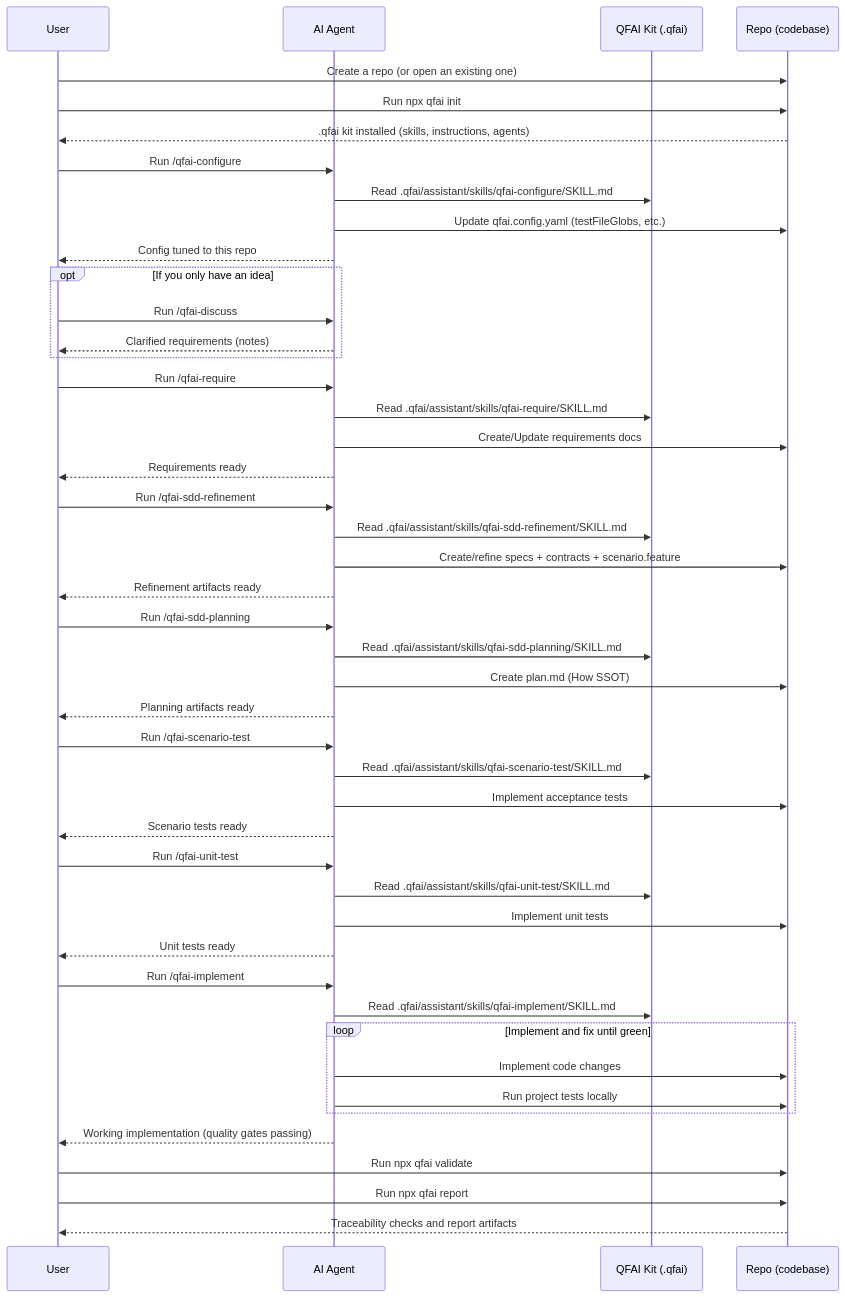
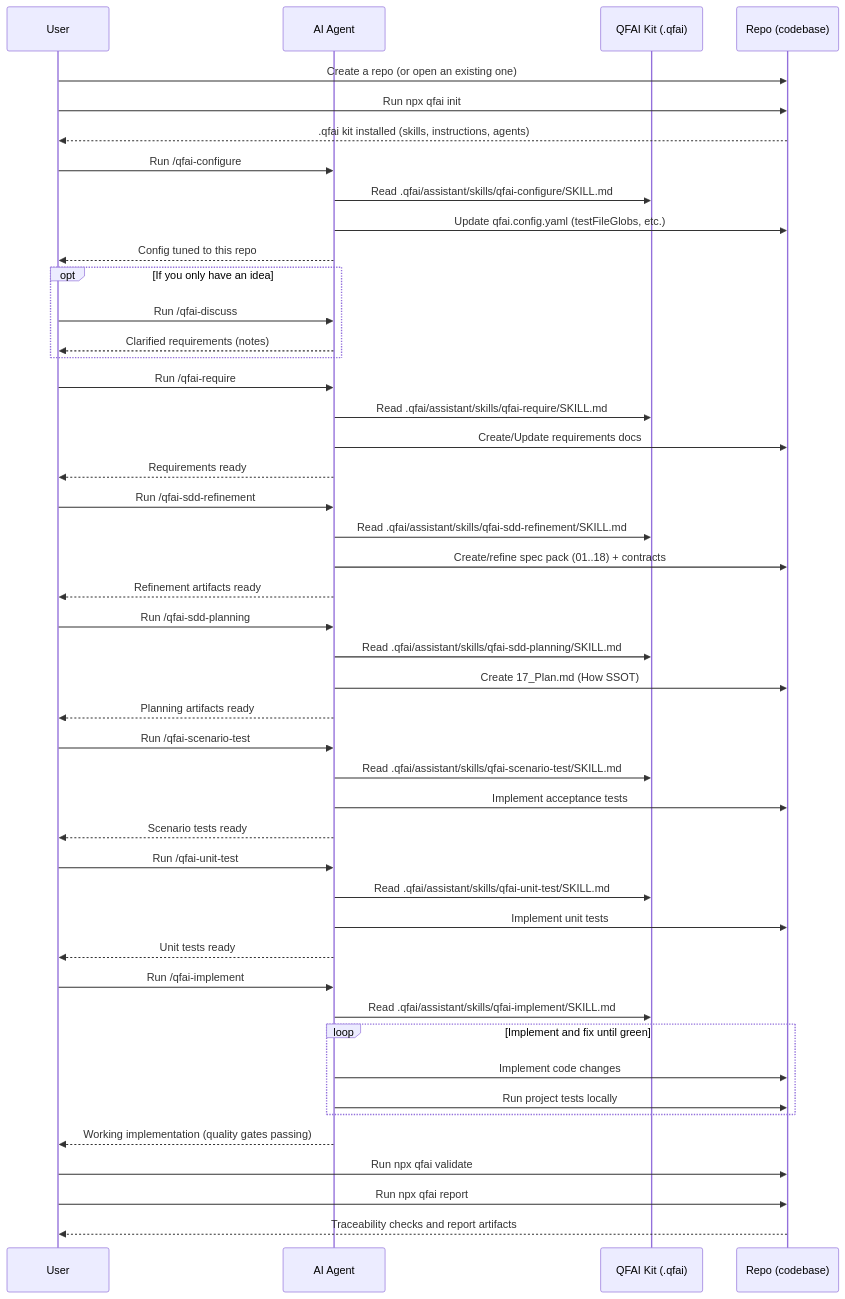
One commit to aganesy/QFAI changed the diagram in README.md. Above: the diagram before and after it, drawn with Mermaid. The commit also changed other lines of this file and 41 other files, not shown here.

````diff
--- a/README.md
+++ b/README.md
@@ -73,58 +73,58 @@
 ```mermaid
 sequenceDiagram
 participant U as User
 participant AG as AI Agent
 participant Q as QFAI Kit (.qfai)
 participant R as Repo (codebase)
 
 U->>R: Create a repo (or open an existing one)
 U->>R: Run npx qfai init
 R-->>U: .qfai kit installed (skills, instructions, agents)
 
 U->>AG: Run /qfai-configure
 AG->>Q: Read .qfai/assistant/skills/qfai-configure/SKILL.md
 AG->>R: Update qfai.config.yaml (testFileGlobs, etc.)
 AG-->>U: Config tuned to this repo
 
 opt If you only have an idea
 U->>AG: Run /qfai-discuss
 AG-->>U: Clarified requirements (notes)
 end
 
 U->>AG: Run /qfai-require
 AG->>Q: Read .qfai/assistant/skills/qfai-require/SKILL.md
 AG->>R: Create/Update requirements docs
 AG-->>U: Requirements ready
 
 U->>AG: Run /qfai-sdd-refinement
 AG->>Q: Read .qfai/assistant/skills/qfai-sdd-refinement/SKILL.md
-AG->>R: Create/refine specs + contracts + scenario.feature
+AG->>R: Create/refine spec pack (01..18) + contracts
 AG-->>U: Refinement artifacts ready
 
 U->>AG: Run /qfai-sdd-planning
 AG->>Q: Read .qfai/assistant/skills/qfai-sdd-planning/SKILL.md
-AG->>R: Create plan.md (How SSOT)
+AG->>R: Create 17_Plan.md (How SSOT)
 AG-->>U: Planning artifacts ready
 
 U->>AG: Run /qfai-scenario-test
 AG->>Q: Read .qfai/assistant/skills/qfai-scenario-test/SKILL.md
 AG->>R: Implement acceptance tests
 AG-->>U: Scenario tests ready
 
 U->>AG: Run /qfai-unit-test
 AG->>Q: Read .qfai/assistant/skills/qfai-unit-test/SKILL.md
 AG->>R: Implement unit tests
 AG-->>U: Unit tests ready
 
 U->>AG: Run /qfai-implement
 AG->>Q: Read .qfai/assistant/skills/qfai-implement/SKILL.md
 loop Implement and fix until green
 AG->>R: Implement code changes
 AG->>R: Run project tests locally
 end
 AG-->>U: Working implementation (quality gates passing)
 
 U->>R: Run npx qfai validate
 U->>R: Run npx qfai report
 R-->>U: Traceability checks and report artifacts
 ```
````
